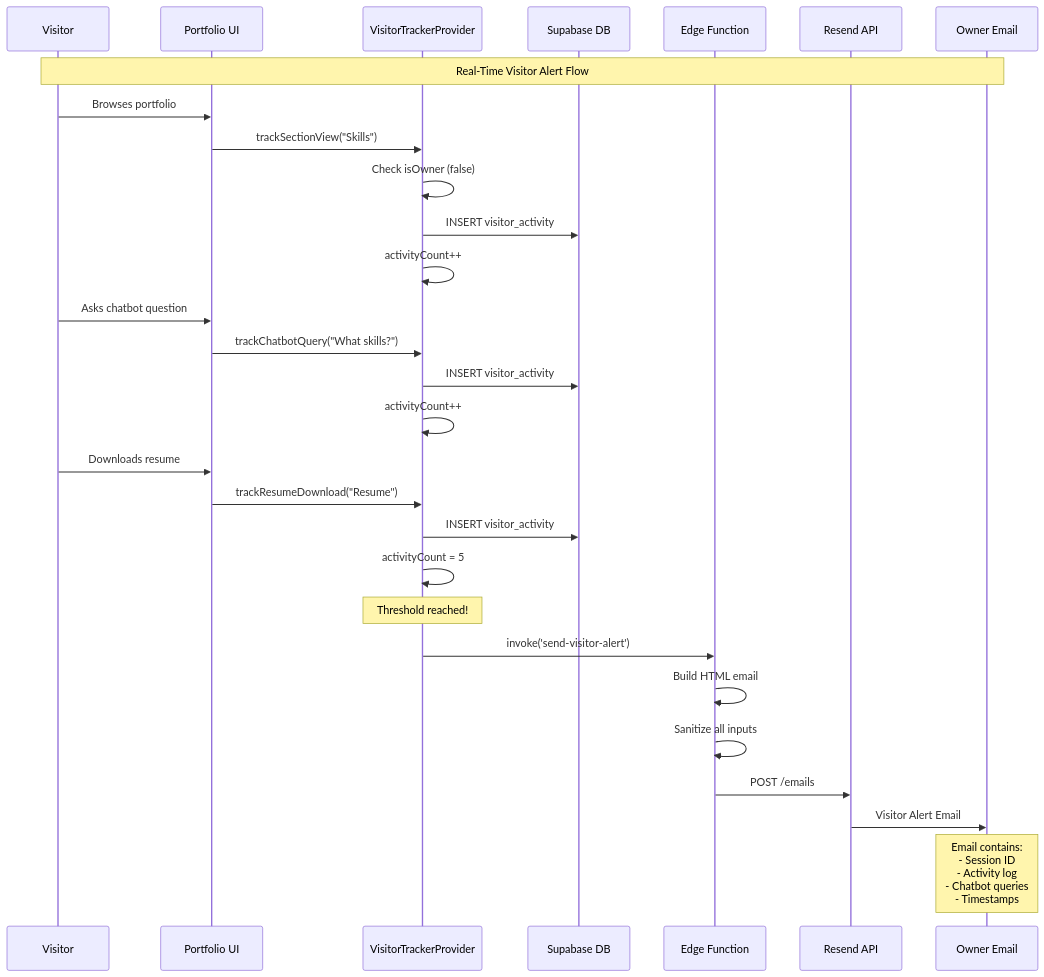
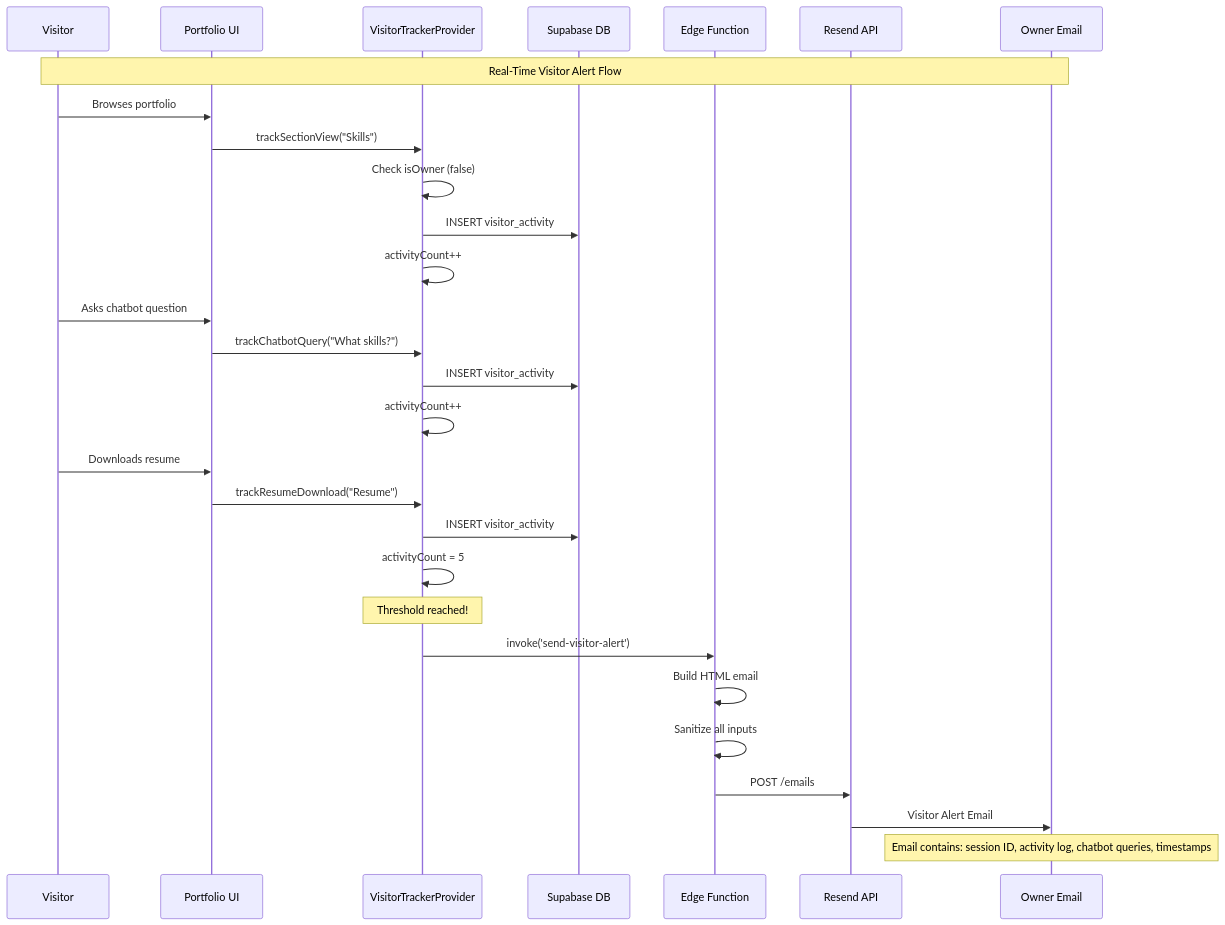
One commit to ritvikindupuri/ritvik-portfolio changed the second of 10 diagrams in public/TECHNICAL_DOCUMENTATION.md. Above: the diagram before and after it, drawn with Mermaid. The commit also changed other lines of this file and 1 other file, not shown here.

````diff
--- a/public/TECHNICAL_DOCUMENTATION.md
+++ b/public/TECHNICAL_DOCUMENTATION.md
@@ -214,38 +214,38 @@
 ```mermaid
 sequenceDiagram
     participant V as Visitor
     participant UI as Portfolio UI
     participant VTP as VisitorTrackerProvider
     participant DB as Supabase DB
     participant EF as Edge Function
     participant RS as Resend API
     participant O as Owner Email
 
     Note over V,O: Real-Time Visitor Alert Flow
     
     V->>UI: Browses portfolio
     UI->>VTP: trackSectionView("Skills")
     VTP->>VTP: Check isOwner (false)
     VTP->>DB: INSERT visitor_activity
     VTP->>VTP: activityCount++
     
     V->>UI: Asks chatbot question
     UI->>VTP: trackChatbotQuery("What skills?")
     VTP->>DB: INSERT visitor_activity
     VTP->>VTP: activityCount++
     
     V->>UI: Downloads resume
     UI->>VTP: trackResumeDownload("Resume")
     VTP->>DB: INSERT visitor_activity
     VTP->>VTP: activityCount = 5
     
     Note over VTP: Threshold reached!
     
     VTP->>EF: invoke('send-visitor-alert')
     EF->>EF: Build HTML email
     EF->>EF: Sanitize all inputs
     EF->>RS: POST /emails
     RS->>O: Visitor Alert Email
     
-    Note over O: Email contains:<br/>- Session ID<br/>- Activity log<br/>- Chatbot queries<br/>- Timestamps
+    Note over O: Email contains: session ID, activity log, chatbot queries, timestamps
 ```
````
